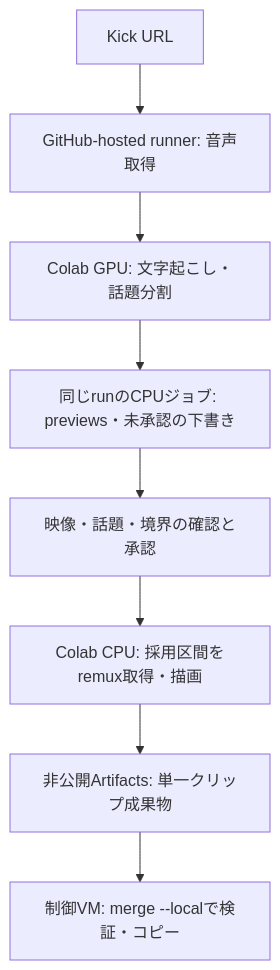
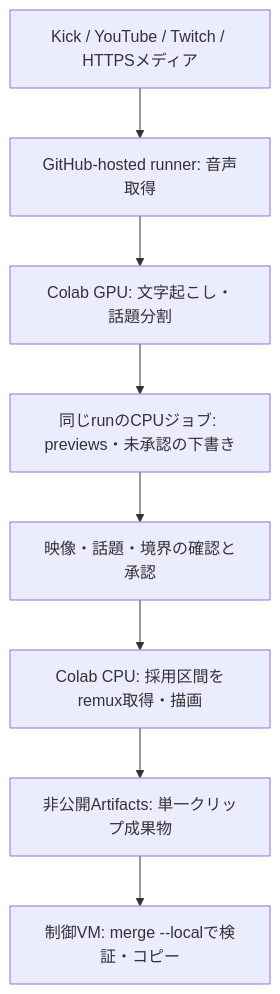
The first of 2 diagrams in docs/ARCHITECTURE.md (nyu1791-collab/ClipForge), drawn with Mermaid before and after one commit. The commit also changed other lines of this file and 38 other files, not shown here.

````diff
--- a/docs/ARCHITECTURE.md
+++ b/docs/ARCHITECTURE.md
@@ -5,10 +5,10 @@
 ```mermaid
 flowchart TD
-  URL[Kick URL] --> AUDIO[GitHub-hosted runner: 音声取得]
+  URL[Kick / YouTube / Twitch / HTTPSメディア] --> AUDIO[GitHub-hosted runner: 音声取得]
   AUDIO --> GPU[Colab GPU: 文字起こし・話題分割]
   GPU --> PREV[同じrunのCPUジョブ: previews・未承認の下書き]
   PREV --> REVIEW[映像・話題・境界の確認と承認]
   REVIEW --> CPU[Colab CPU: 採用区間をremux取得・描画]
   CPU --> PARTS[非公開Artifacts: 単一クリップ成果物]
   PARTS --> MERGE[制御VM: merge --localで検証・コピー]
 ```
````
